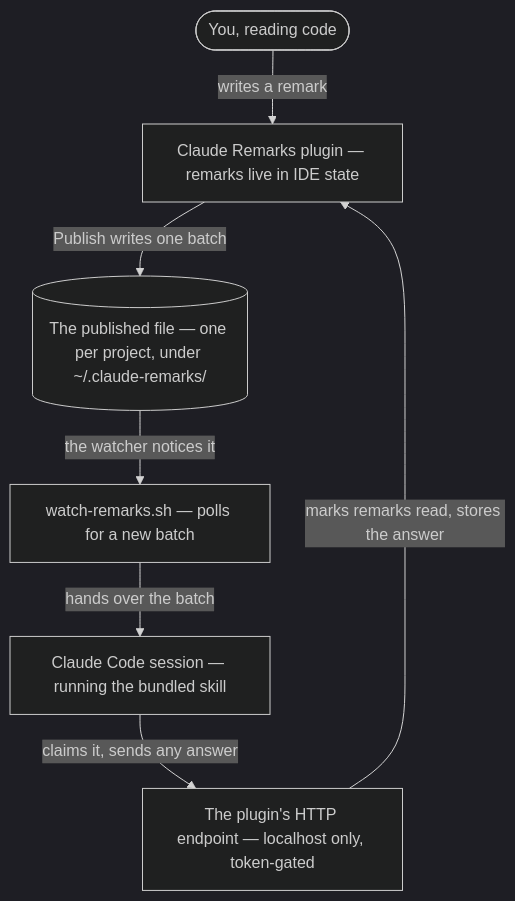
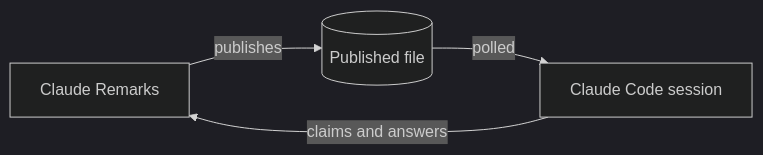
Before and after one commit to p4elkin/claude-remarks: the first of 2 diagrams in README.md, drawn with Mermaid (dark theme). The commit also changed other lines of this file, not shown here.

First line of the commit message:
docs: lay both README diagrams out horizontally

````diff
--- a/README.md
+++ b/README.md
@@ -34,16 +36,6 @@
 ```mermaid
-flowchart TD
-    you(["You, reading code"])
-    plugin["Claude Remarks plugin — remarks live in IDE state"]
-    file[("The published file — one per project, under ~/.claude-remarks/")]
-    watcher["watch-remarks.sh — polls for a new batch"]
-    session["Claude Code session — running the bundled skill"]
-    endpoint["The plugin's HTTP endpoint — localhost only, token-gated"]
-
-    you -->|writes a remark| plugin
-    plugin -->|Publish writes one batch| file
-    file -->|the watcher notices it| watcher
-    watcher -->|hands over the batch| session
-    session -->|claims it, sends any answer| endpoint
-    endpoint -->|marks remarks read, stores the answer| plugin
+flowchart LR
+    plugin["Claude Remarks"] -->|publishes| file[("Published file")]
+    file -->|polled| session["Claude Code session"]
+    session -->|claims and answers| plugin
 ```
````
